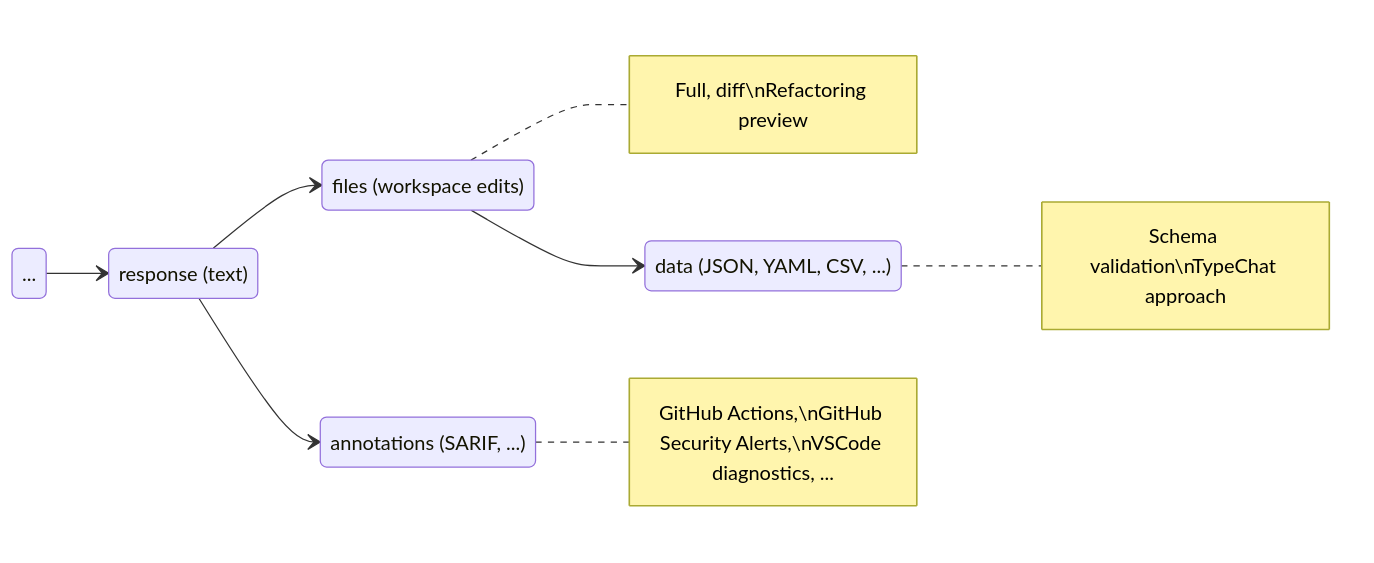
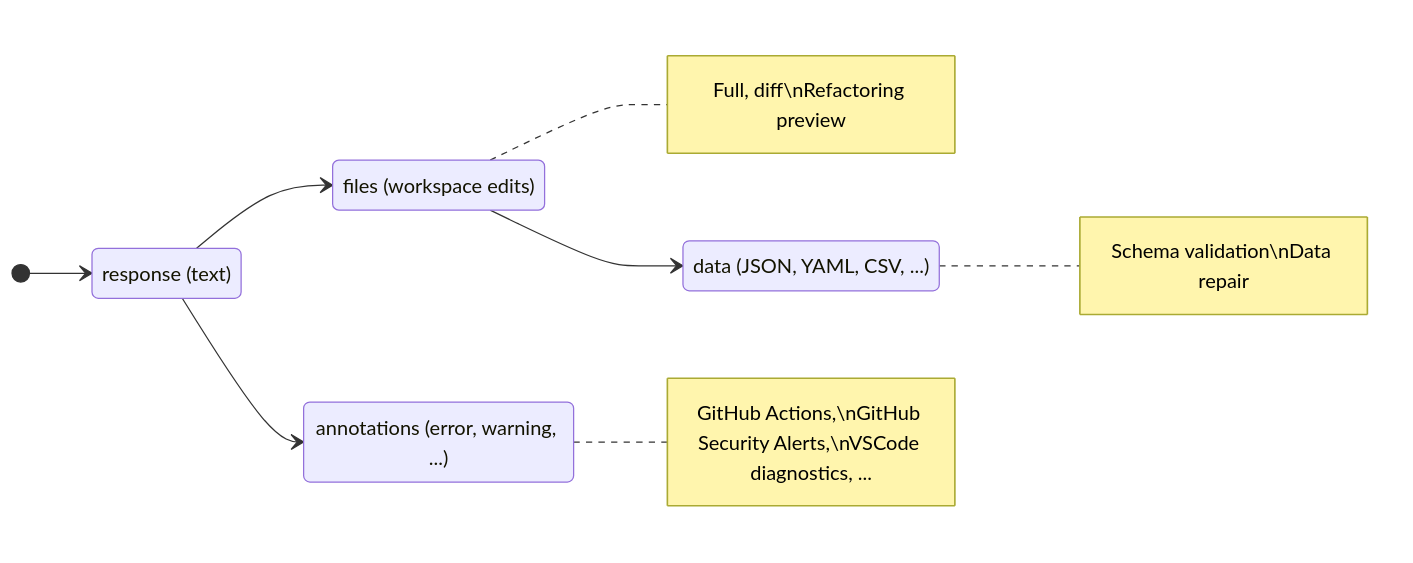
Before and after one commit to microsoft/genaiscript: the diagram in slides/pages/response-processing.md, drawn with Mermaid. The commit also changed 5 other files, not shown here.

````diff
--- a/slides/pages/response-processing.md
+++ b/slides/pages/response-processing.md
@@ -9,17 +9,16 @@
 ```mermaid {scale:0.8}
 
 stateDiagram
   direction LR
     response: response (text)
     files: files (workspace edits)
     data: data (JSON, YAML, CSV, ...)
-    annotations: annotations (SARIF, ...)
-    note right of data: Schema validation\nTypeChat approach
+    annotations: annotations (error, warning, ...)
+    note right of data: Schema validation\nData repair
     note right of files: Full, diff\nRefactoring preview
     note right of annotations: GitHub Actions,\nGitHub Security Alerts,\nVSCode diagnostics, ...
-    LLM: ...
-    LLM --> response
+    [*] --> response
     response --> files
     files --> data
     response --> annotations
 ```
````
